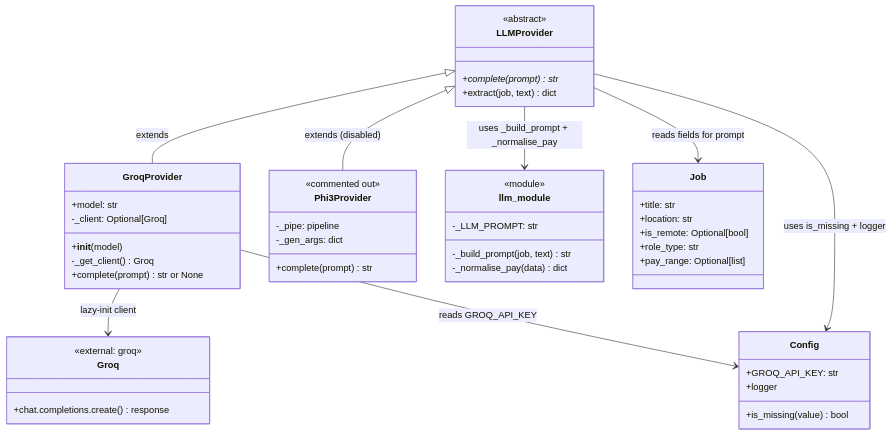
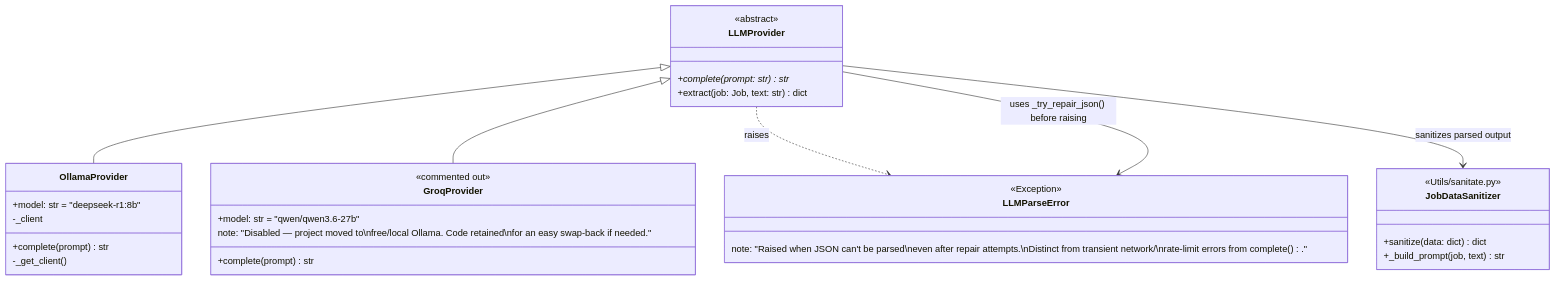
Before and after one commit to AustinDwomoh/libra: the diagram in docs/diagrams/llm_class.md, drawn with Mermaid. The commit also changed 9 other files, not shown here.

First line of the commit message:
Instantiate JobEnricher once; refresh diagrams

````diff
--- a/docs/diagrams/llm_class.md
+++ b/docs/diagrams/llm_class.md
@@ -1,59 +1,40 @@
 ```mermaid
-%% classDiagram — llm module: LLMProvider hierarchy and relationships
+%% classDiagram — LLMProvider hierarchy, currently Ollama-only (Groq commented out)
 classDiagram
     class LLMProvider {
         <<abstract>>
-        +complete(prompt) str*
-        +extract(job, text) dict
+        +complete(prompt: str) str*
+        +extract(job: Job, text: str) dict
+    }
+
+    class OllamaProvider {
+        +model: str = "deepseek-r1:8b"
+        -_client
+        +complete(prompt) str
+        -_get_client()
     }
 
     class GroqProvider {
-        +model: str
-        -_client: Optional[Groq]
-        +__init__(model)
-        -_get_client() Groq
-        +complete(prompt) str or None
+        <<commented out>>
+        +model: str = "qwen/qwen3.6-27b"
+        +complete(prompt) str
+        note: "Disabled — project moved to\nfree/local Ollama. Code retained\nfor an easy swap-back if needed."
     }
 
-    class Phi3Provider {
-        <<commented out>>
-        -_pipe: pipeline
-        -_gen_args: dict
-        +complete(prompt) str
+    class LLMParseError {
+        <<Exception>>
+        note: "Raised when JSON can't be parsed\neven after repair attempts.\nDistinct from transient network/\nrate-limit errors from complete()."
     }
 
-    class llm_module {
-        <<module>>
-        -_LLM_PROMPT: str
-        -_build_prompt(job, text) str
-        -_normalise_pay(data) dict
+    class JobDataSanitizer {
+        <<Utils/sanitate.py>>
+        +sanitize(data: dict) dict
+        +_build_prompt(job, text) str
     }
 
-    class Job {
-        +title: str
-        +location: str
-        +is_remote: Optional[bool]
-        +role_type: str
-        +pay_range: Optional[list]
-    }
-
-    class Config {
-        +is_missing(value) bool
-        +GROQ_API_KEY: str
-        +logger
-    }
-
-    class Groq {
-        <<external: groq>>
-        +chat.completions.create() response
-    }
-
-    LLMProvider <|-- GroqProvider : extends
-    LLMProvider <|-- Phi3Provider : extends (disabled)
-    LLMProvider --> llm_module : uses _build_prompt + _normalise_pay
-    LLMProvider --> Job : reads fields for prompt
-    LLMProvider --> Config : uses is_missing + logger
-    GroqProvider --> Groq : lazy-init client
-    GroqProvider --> Config : reads GROQ_API_KEY
-
+    LLMProvider <|-- OllamaProvider
+    LLMProvider <|-- GroqProvider
+    LLMProvider ..> LLMParseError : raises
+    LLMProvider --> JobDataSanitizer : sanitizes parsed output
+    LLMProvider --> LLMParseError : uses _try_repair_json() before raising
 ```
````
